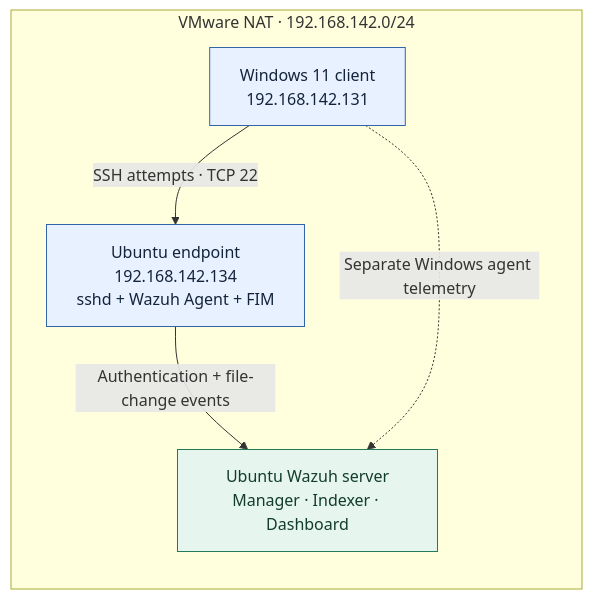
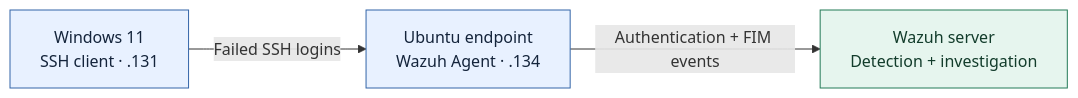
One commit to faivern/soc-detection-lab changed the diagram in README.md. Above: the diagram before and after it, drawn with Mermaid. The commit also changed other lines of this file and 3 other files, not shown here.

````diff
--- a/README.md
+++ b/README.md
@@ -11,15 +14,9 @@
 ```mermaid
 flowchart LR
-    subgraph NAT["VMware NAT · 192.168.142.0/24"]
-        W["Windows 11 client<br/>192.168.142.131"]
-        L["Ubuntu endpoint<br/>192.168.142.134<br/>sshd + Wazuh Agent + FIM"]
-        S["Ubuntu Wazuh server<br/>Manager · Indexer · Dashboard"]
-        W -->|"SSH attempts · TCP 22"| L
-        L -->|"Authentication + file-change events"| S
-        W -.->|"Separate Windows agent telemetry"| S
-    end
+    W["Windows 11<br/>SSH client · .131"] -->|"Failed SSH logins"| L["Ubuntu endpoint<br/>Wazuh Agent · .134"]
+    L -->|"Authentication + FIM events"| S["Wazuh server<br/>Detection + investigation"]
     classDef endpoint fill:#e8f1ff,stroke:#3264a8,color:#14243b
     classDef server fill:#e6f5ee,stroke:#237a57,color:#123c2b
     class W,L endpoint
     class S server
 ```
````
